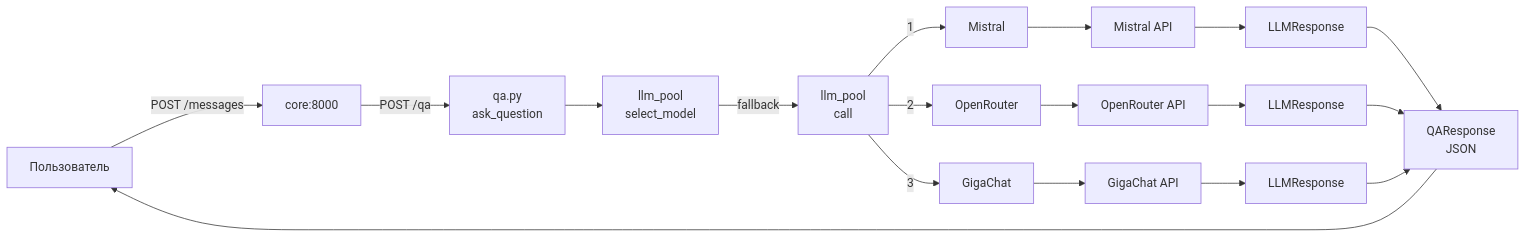
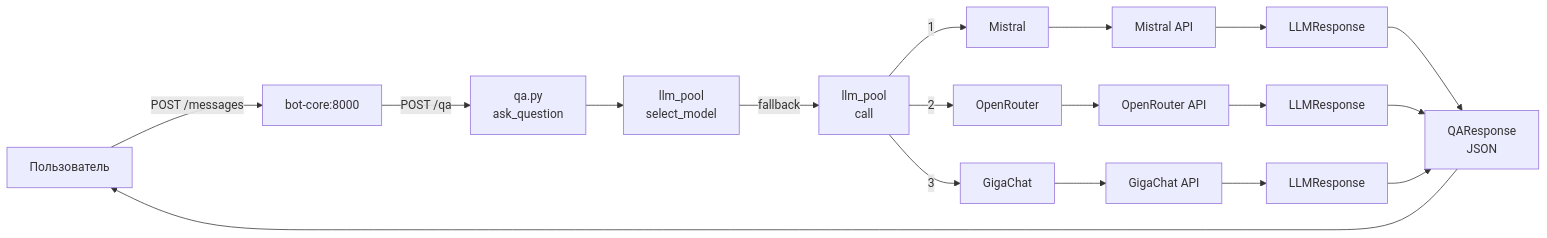
Before and after one commit to webmasha/voproshalych: the second of 2 diagrams in qa-service/docs/message-flow.md, drawn with Mermaid. The commit also changed 15 other files, not shown here.

Commit message:
Update bot flows and integrate QA service

````diff
--- a/qa-service/docs/message-flow.md
+++ b/qa-service/docs/message-flow.md
@@ -194,20 +194,20 @@
 ```mermaid
 graph LR
-    User[Пользователь] -->|"POST /messages"| Core[core:8000]
+    User[Пользователь] -->|"POST /messages"| Core[bot-core:8000]
     Core -->|"POST /qa"| QA[qa.py<br/>ask_question]
     QA --> Pool[llm_pool<br/>select_model]
     Pool -->|"fallback"| Call[llm_pool<br/>call]
     Call -->|"1"| M[Mistral]
     Call -->|"2"| OR[OpenRouter]
     Call -->|"3"| GC[GigaChat]
     M --> LLM_API[Mistral API]
     OR --> OR_API[OpenRouter API]
     GC --> GC_API[GigaChat API]
     LLM_API --> Resp1[LLMResponse]
     OR_API --> Resp2[LLMResponse]
     GC_API --> Resp3[LLMResponse]
     Resp1 --> QARes[QAResponse<br/>JSON]
     Resp2 --> QARes
     Resp3 --> QARes
     QARes --> User
 ```
````
